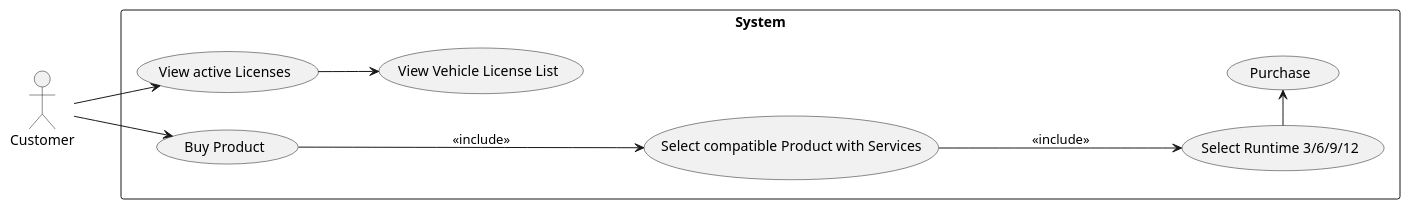
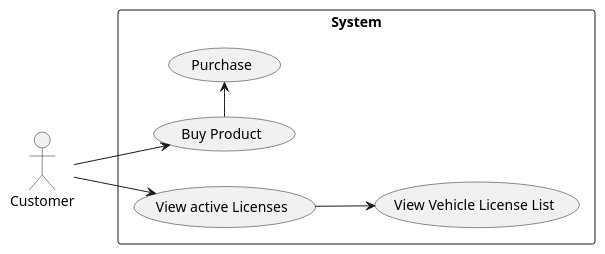
One commit to ljbg1996/car-backend changed the diagram in Phase_1/use case.puml. Above: the diagram before and after it, drawn with PlantUML. The commit also changed 2 other files, not shown here.

```diff
--- a/Phase_1/use case.puml
+++ b/Phase_1/use case.puml
@@ -1,25 +1,23 @@
 @startuml
 left to right direction
 
 actor "Customer" as at
 rectangle System{
 
 
 
-(Buy Product) ---> (Select compatible Product with Services): <<include>>
-(Select compatible Product with Services) ----> (Select Runtime 3/6/9/12): <<include>>
-(Select Runtime 3/6/9/12) ->(Purchase)
+(Buy Product)  ->(Purchase)
 
 
 'auskommentiert, weil aktuell nicht benötigt
 '(View Compatible Products)---> (View runtime 3/6/9/12): << include>>
 
 
 (View active Licenses)-->(View Vehicle License List)
 }
 
 'at --> (View Compatible Products)
 at --> (Buy Product)
 at -> (View active Licenses)
 
 @enduml
```
